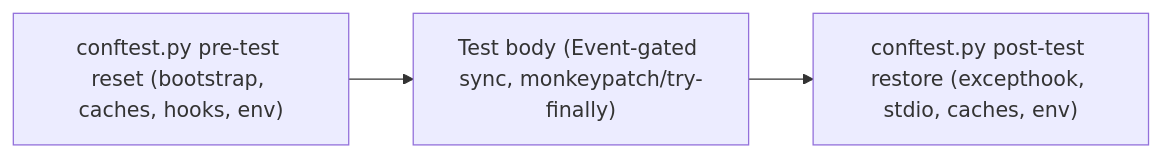
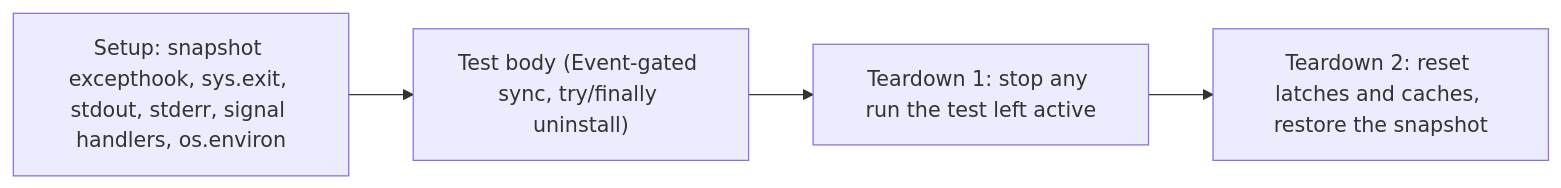
One commit to fariello/pubrun changed the diagram in .aw/records/plans/pending/20261123-test-audit-03-m66tfv-test-isolation-global-state-leaks-flaky-sleeps-and-code-pinn.ipd.md. Above: the diagram before and after it, drawn with Mermaid. The commit also changed other lines of this file and 1 other file, not shown here.

First line of the commit message:
plan-review: harden m66tfv (fixture teardown order, signal-handler restore, verifiable evidence, execution contract)

````diff
--- a/.aw/records/plans/pending/20261123-test-audit-03-m66tfv-test-isolation-global-state-leaks-flaky-sleeps-and-code-pinn.ipd.md
+++ b/.aw/records/plans/pending/20261123-test-audit-03-m66tfv-test-isolation-global-state-leaks-flaky-sleeps-and-code-pinn.ipd.md
@@ -32,5 +37,6 @@
 ```mermaid
 flowchart LR
-    PRE["conftest.py pre-test reset (bootstrap, caches, hooks, env)"] --> RUN["Test body (Event-gated sync, monkeypatch/try-finally)"]
-    RUN --> POST["conftest.py post-test restore (excepthook, stdio, caches, env)"]
+    PRE["Setup: snapshot excepthook, sys.exit, stdout, stderr, signal handlers, os.environ"] --> RUN["Test body (Event-gated sync, try/finally uninstall)"]
+    RUN --> STOP["Teardown 1: stop any run the test left active"]
+    STOP --> POST["Teardown 2: reset latches and caches, restore the snapshot"]
 ```
````
